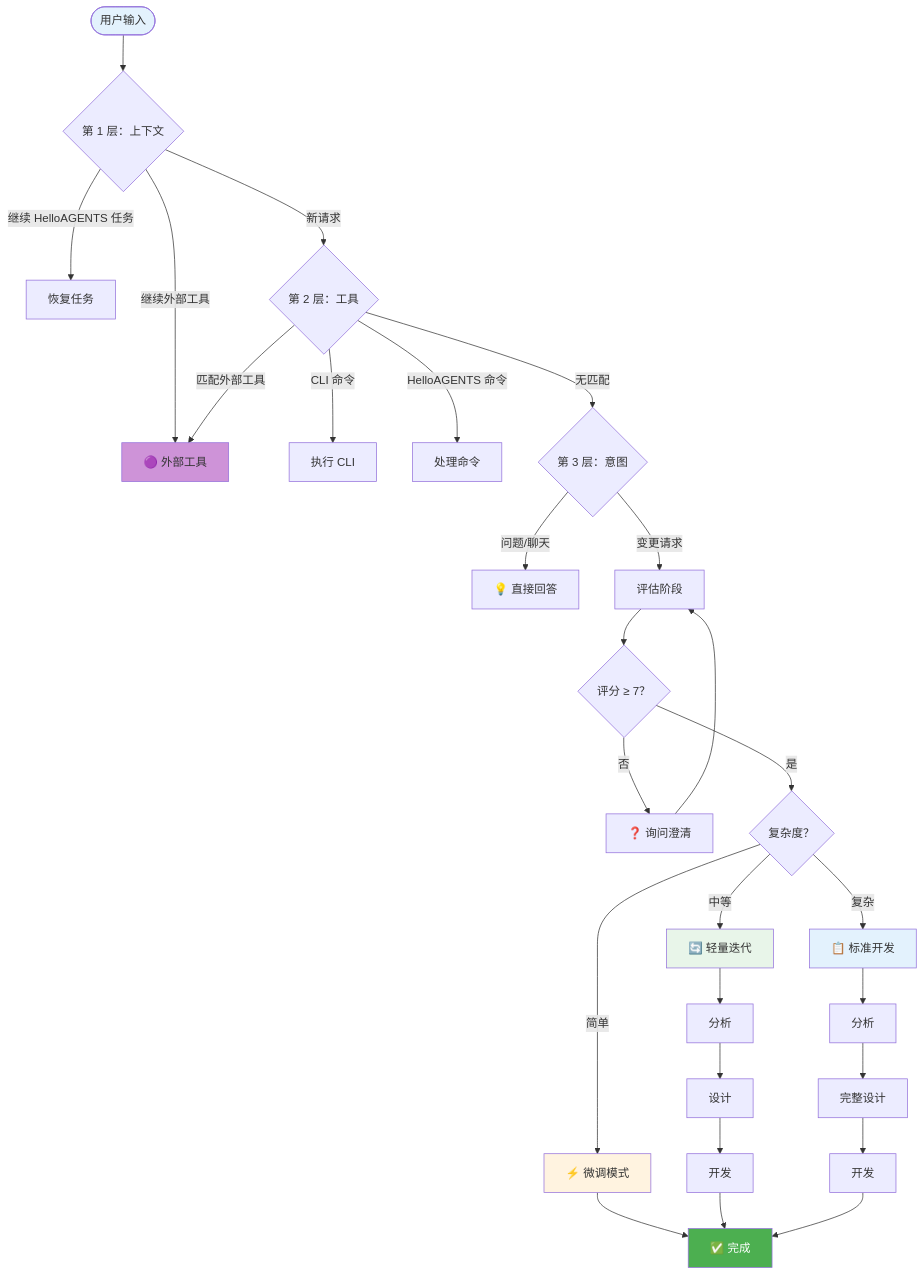
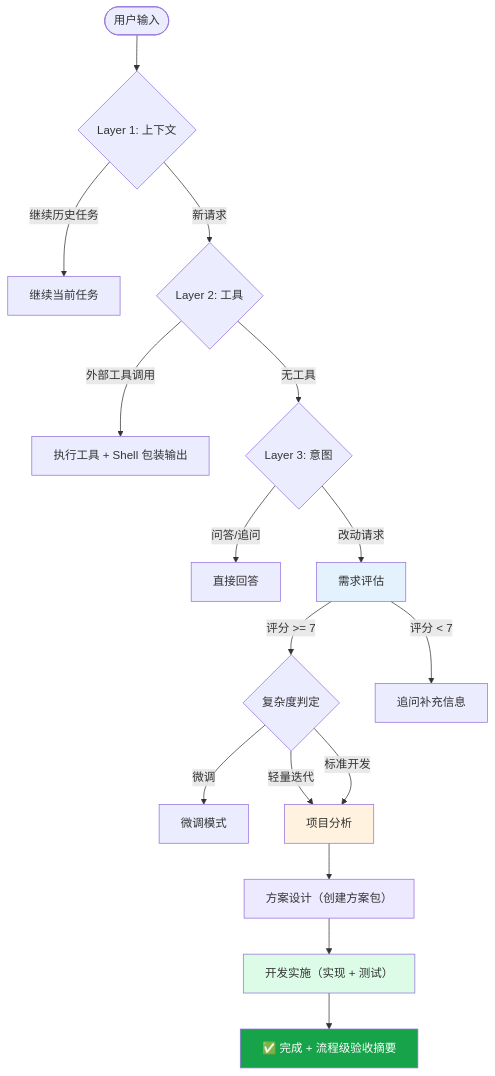
One commit to hellowind777/helloagents changed the diagram in README_CN.md. Above: the diagram before and after it, drawn with Mermaid. The commit also changed other lines of this file and 144 other files, not shown here.

````diff
--- a/README_CN.md
+++ b/README_CN.md
@@ -225,36 +271,29 @@
 ```mermaid
 flowchart TD
-    Start([用户输入]) --> L1{第 1 层：上下文}
+  Start([用户输入]) --> L1{Layer 1: 上下文}
+  L1 -->|继续历史任务| Continue[继续当前任务]
+  L1 -->|新请求| L2{Layer 2: 工具}
 
-    L1 -->|"继续外部工具"| ExtTool[🟣 外部工具]
-    L1 -->|"继续 HelloAGENTS 任务"| Resume[恢复任务]
-    L1 -->|"新请求"| L2{第 2 层：工具}
+  L2 -->|外部工具调用| Tool[执行工具 + Shell 包装输出]
+  L2 -->|无工具| L3{Layer 3: 意图}
 
-    L2 -->|"CLI 命令"| CLI[执行 CLI]
-    L2 -->|"HelloAGENTS 命令"| Cmd[处理命令]
-    L2 -->|"匹配外部工具"| ExtTool
-    L2 -->|"无匹配"| L3{第 3 层：意图}
+  L3 -->|问答/追问| Answer[直接回答]
+  L3 -->|改动请求| Eval[需求评估]
 
-    L3 -->|"问题/聊天"| Direct[💡 直接回答]
-    L3 -->|"变更请求"| Eval[评估阶段]
+  Eval -->|评分 >= 7| Complexity{复杂度判定}
+  Eval -->|评分 < 7| Clarify[追问补充信息]
 
-    Eval --> Score{评分 ≥ 7？}
-    Score -->|"否"| Ask[❓ 询问澄清]
-    Ask --> Eval
-    Score -->|"是"| Complex{复杂度？}
+  Complexity -->|微调| Tweak[微调模式]
+  Complexity -->|轻量迭代| Analyze[项目分析]
+  Complexity -->|标准开发| Analyze
 
-    Complex -->|"简单"| Tweak[⚡ 微调模式]
-    Complex -->|"中等"| Light[🔄 轻量迭代]
-    Complex -->|"复杂"| Standard[📋 标准开发]
+  Analyze --> Design[方案设计（创建方案包）]
+  Design --> Develop[开发实施（实现 + 测试）]
+  Develop --> Done[✅ 完成 + 流程级验收摘要]
 
-    Tweak --> Done[✅ 完成]
-    Light --> Analyze[分析] --> DesignL[设计] --> DevL[开发] --> Done
-    Standard --> AnalyzeS[分析] --> DesignS[完整设计] --> DevS[开发] --> Done
-
-    style Start fill:#e3f2fd
-    style ExtTool fill:#ce93d8
-    style Done fill:#4caf50,color:#fff
-    style Tweak fill:#fff3e0
-    style Light fill:#e8f5e9
-    style Standard fill:#e3f2fd
+  style Eval fill:#e3f2fd
+  style Analyze fill:#fff3e0
+  style Design fill:#ede9fe
+  style Develop fill:#dcfce7
+  style Done fill:#16a34a,color:#fff
 ```
````
